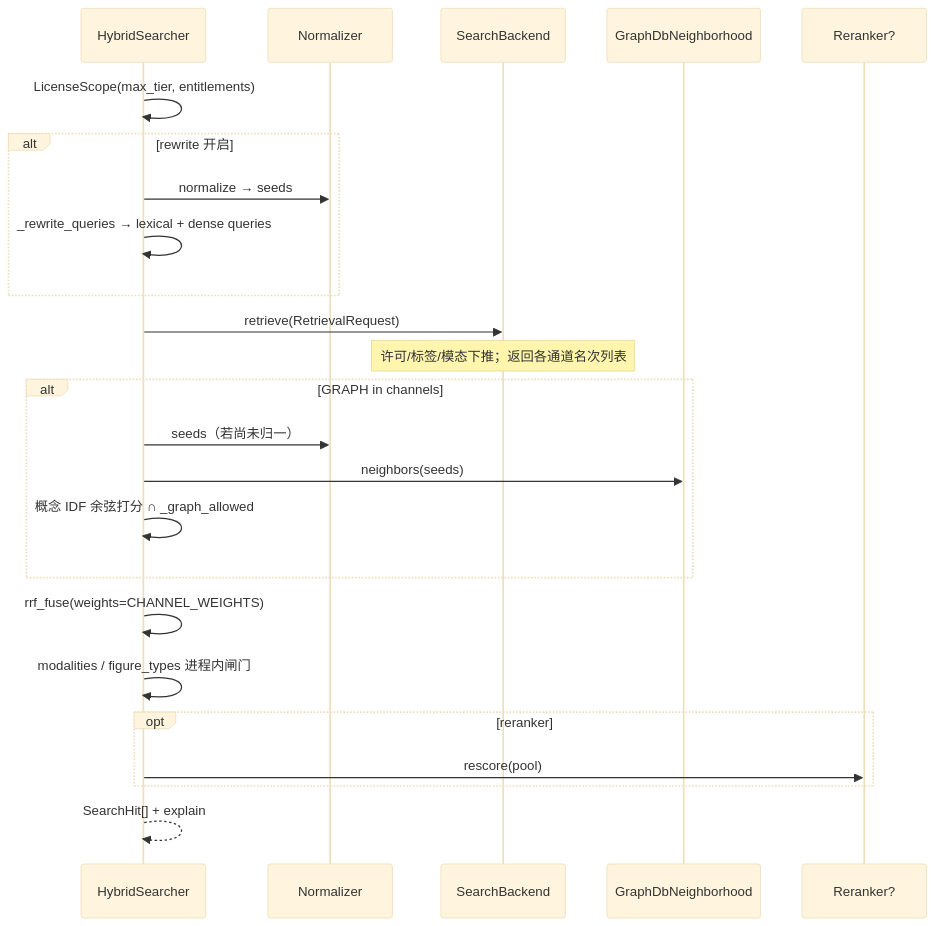
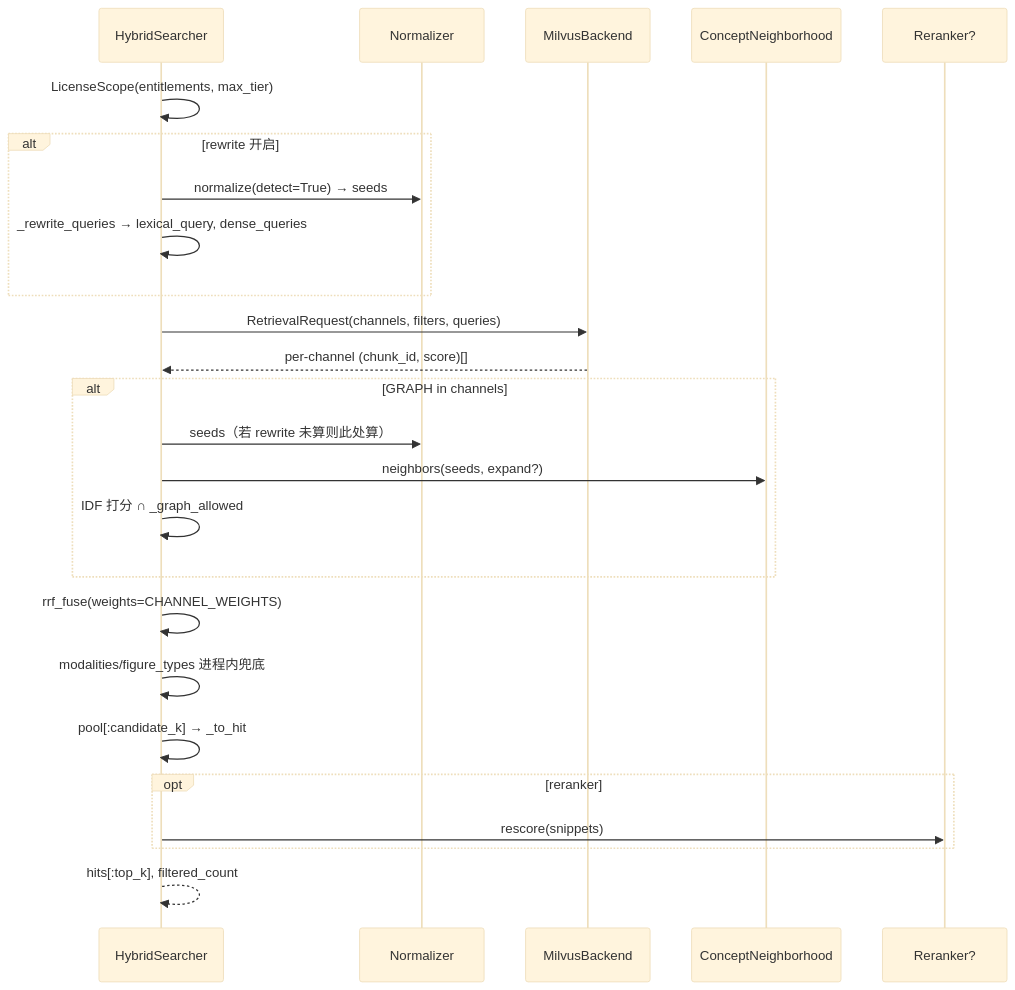
Before and after one commit to zhiweio/biomed-ontology: the diagram in docs/retrieval/hybrid.md, drawn with Mermaid (base theme). The commit also changed other lines of this file and 66 other files, not shown here.

````diff
--- a/docs/retrieval/hybrid.md
+++ b/docs/retrieval/hybrid.md
@@ -17,27 +61,28 @@
 ```mermaid
 sequenceDiagram
   participant H as HybridSearcher
   participant N as Normalizer
-  participant B as SearchBackend
-  participant G as GraphDbNeighborhood
+  participant B as MilvusBackend
+  participant G as ConceptNeighborhood
   participant R as Reranker?
 
-  H->>H: LicenseScope(max_tier, entitlements)
+  H->>H: LicenseScope(entitlements, max_tier)
   alt rewrite 开启
-    H->>N: normalize → seeds
-    H->>H: _rewrite_queries → lexical + dense queries
+    H->>N: normalize(detect=True) → seeds
+    H->>H: _rewrite_queries → lexical_query, dense_queries
   end
-  H->>B: retrieve(RetrievalRequest)
-  Note over B: 许可/标签/模态下推；返回各通道名次列表
+  H->>B: RetrievalRequest(channels, filters, queries)
+  B-->>H: per-channel (chunk_id, score)[]
   alt GRAPH in channels
-    H->>N: seeds（若尚未归一）
-    H->>G: neighbors(seeds)
-    H->>H: 概念 IDF 余弦打分 ∩ _graph_allowed
+    H->>N: seeds（若 rewrite 未算则此处算）
+    H->>G: neighbors(seeds, expand?)
+    H->>H: IDF 打分 ∩ _graph_allowed
   end
   H->>H: rrf_fuse(weights=CHANNEL_WEIGHTS)
-  H->>H: modalities / figure_types 进程内闸门
+  H->>H: modalities/figure_types 进程内兜底
+  H->>H: pool[:candidate_k] → _to_hit
   opt reranker
-    H->>R: rescore(pool)
+    H->>R: rescore(snippets)
   end
-  H-->>H: SearchHit[] + explain
+  H-->>H: hits[:top_k], filtered_count
 ```
````
